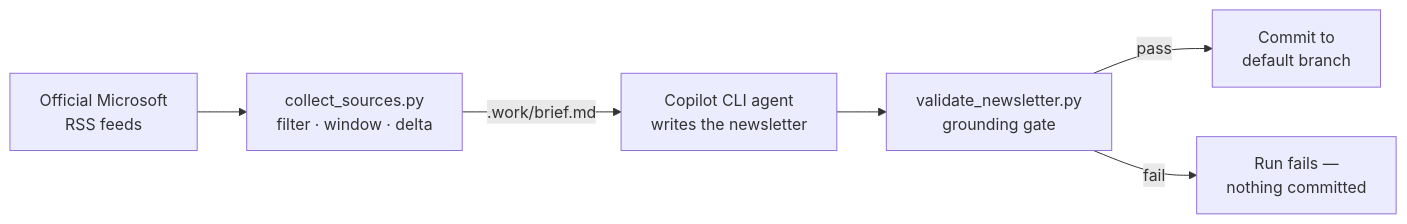
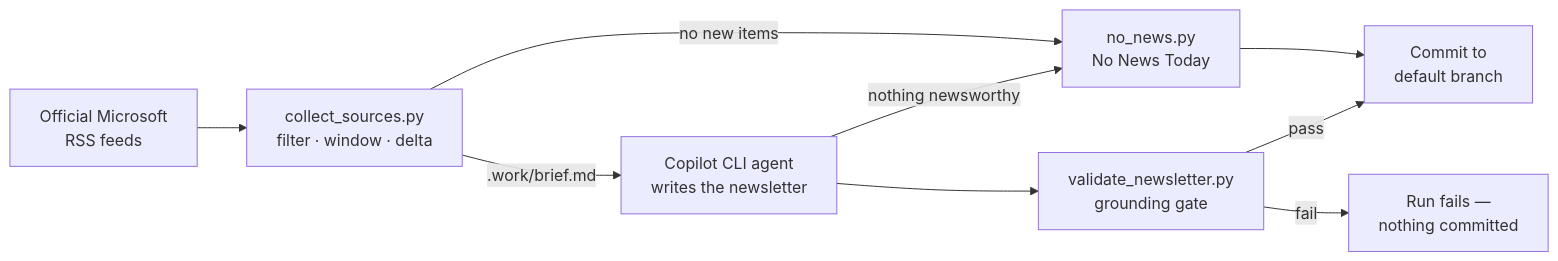
The diagram in README.md (arnaud-tincelin/foundry-news), drawn with Mermaid before and after one commit. The commit also changed other lines of this file and 6 other files, not shown here.

First line of the commit message:
Always include Foundry Blog posts; publish No News Today on quiet weeks

````diff
--- a/README.md
+++ b/README.md
@@ -12,8 +12,11 @@
 ```mermaid
 flowchart LR
     A[Official Microsoft<br/>RSS feeds] --> B[collect_sources.py<br/>filter · window · delta]
+    B -->|no new items| G[no_news.py<br/>No News Today]
     B -->|.work/brief.md| C[Copilot CLI agent<br/>writes the newsletter]
+    C -->|nothing newsworthy| G
     C --> D[validate_newsletter.py<br/>grounding gate]
     D -->|pass| E[Commit to<br/>default branch]
+    G --> E
     D -->|fail| F[Run fails —<br/>nothing committed]
 ```
````
